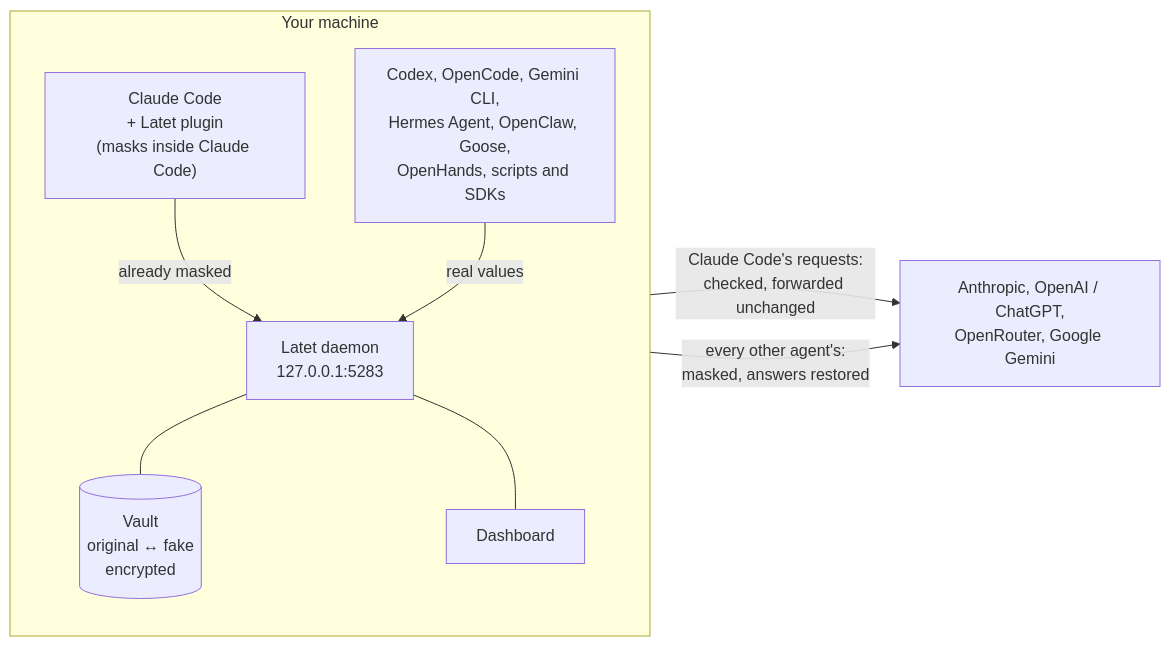
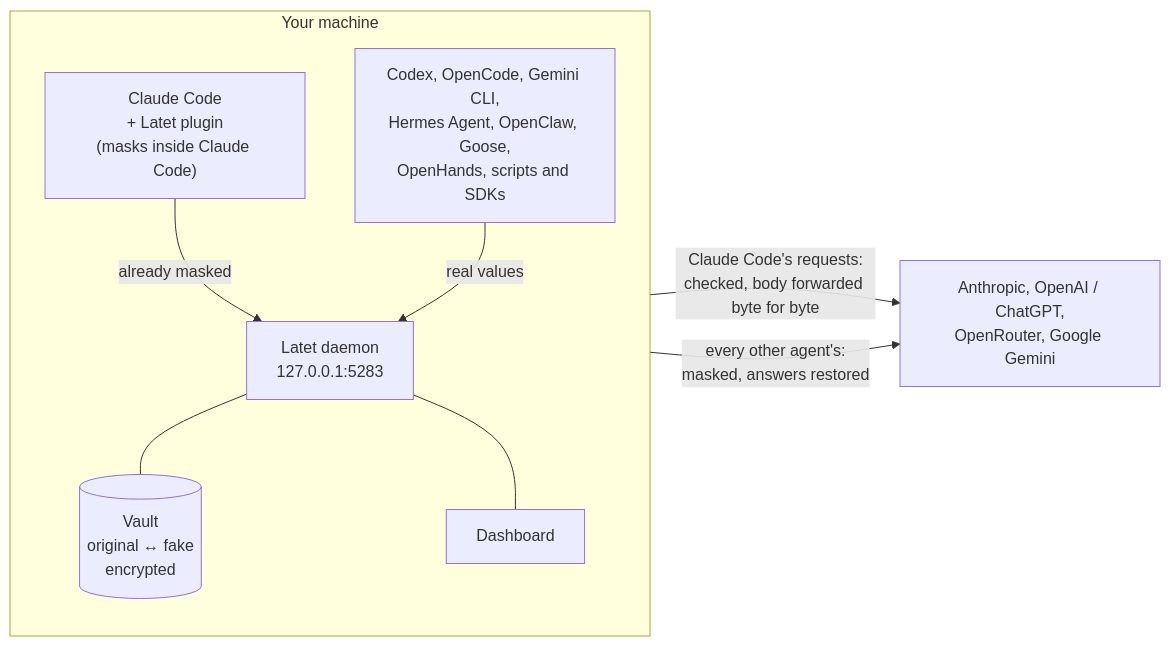
One commit to Latet-AI/latet changed the second of 2 diagrams in README.md. Above: the diagram before and after it, drawn with Mermaid. The commit also changed other lines of this file and 725 other files, not shown here.

````diff
--- a/README.md
+++ b/README.md
@@ -198,17 +202,17 @@
 ```mermaid
 flowchart LR
   subgraph machine["Your machine"]
     direction TB
     CC["Claude Code<br/>+ Latet plugin<br/>(masks inside Claude Code)"]
     GW["Codex, OpenCode, Gemini CLI,<br/>Hermes Agent, OpenClaw, Goose,<br/>OpenHands, scripts and SDKs"]
     D["Latet daemon<br/>127.0.0.1:5283"]
     V[("Vault<br/>original ↔ fake<br/>encrypted")]
     UI["Dashboard"]
     CC -- "already masked" --> D
     GW -- "real values" --> D
     D --- V
     D --- UI
   end
-  D -- "Claude Code's requests:<br/>checked, forwarded unchanged" --> P["Anthropic, OpenAI / ChatGPT,<br/>OpenRouter, Google Gemini"]
+  D -- "Claude Code's requests:<br/>checked, body forwarded byte for byte" --> P["Anthropic, OpenAI / ChatGPT,<br/>OpenRouter, Google Gemini"]
   D -- "every other agent's:<br/>masked, answers restored" --> P
 ```
````
